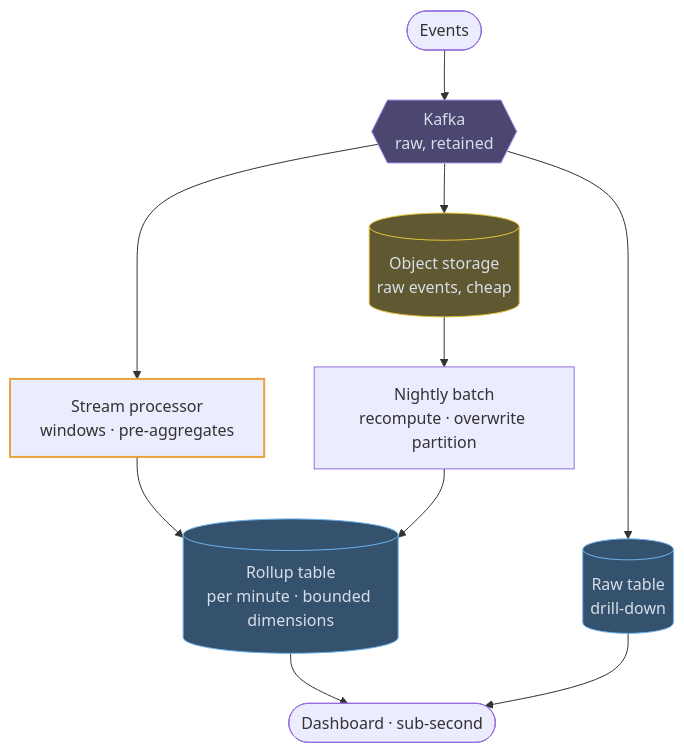
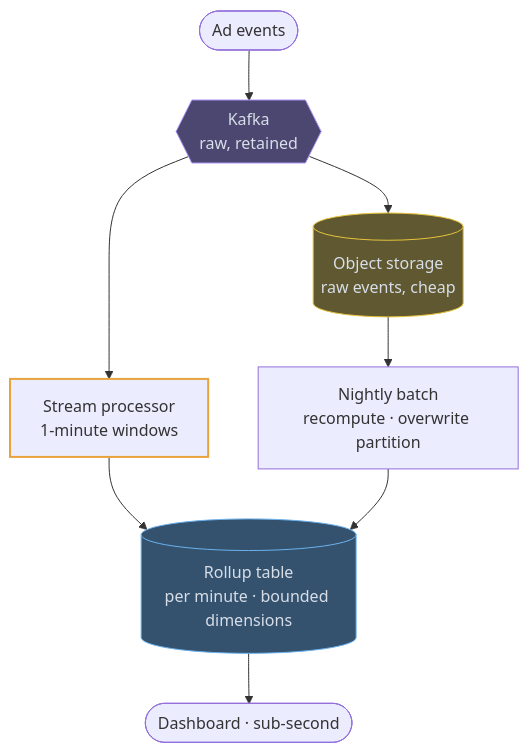
Before and after one commit to mertkahyaoglu/atlas: the first of 2 diagrams in content/tech/07-olap.md, drawn with Mermaid. The commit also changed other lines of this file and 18 other files, not shown here.

First line of the commit message:
Rebuild the technology pages as use cases with diagrams

````diff
--- a/content/tech/07-olap.md
+++ b/content/tech/07-olap.md
@@ -84,21 +44,19 @@
 ```mermaid
 flowchart TB
-    Events([Events]) --> K{{"Kafka<br/>raw, retained"}}
-    K --> Stream["Stream processor<br/>windows · pre-aggregates"]
+    Events([Ad events]) --> K{{"Kafka<br/>raw, retained"}}
+    K --> Stream["Stream processor<br/>1-minute windows"]
     Stream --> Rollup[("Rollup table<br/>per minute · bounded dimensions")]
     K --> Archive[("Object storage<br/>raw events, cheap")]
     Archive --> Batch["Nightly batch<br/>recompute · overwrite partition"]
     Batch --> Rollup
     Rollup --> Dash([Dashboard · sub-second])
-    Raw2[("Raw table<br/>drill-down")] --> Dash
-    K --> Raw2
 
     classDef db fill:#34526e,stroke:#6cb2ee,color:#d7dee8
     classDef queue fill:#4b4771,stroke:#ad94f7,color:#d7dee8
     classDef blob fill:#5f5830,stroke:#e6c43c,color:#d7dee8
     classDef hot stroke:#e8a33d,stroke-width:2px
-    class Rollup,Raw2 db
+    class Rollup db
     class K queue
     class Archive blob
     class Stream hot
 ```
````
